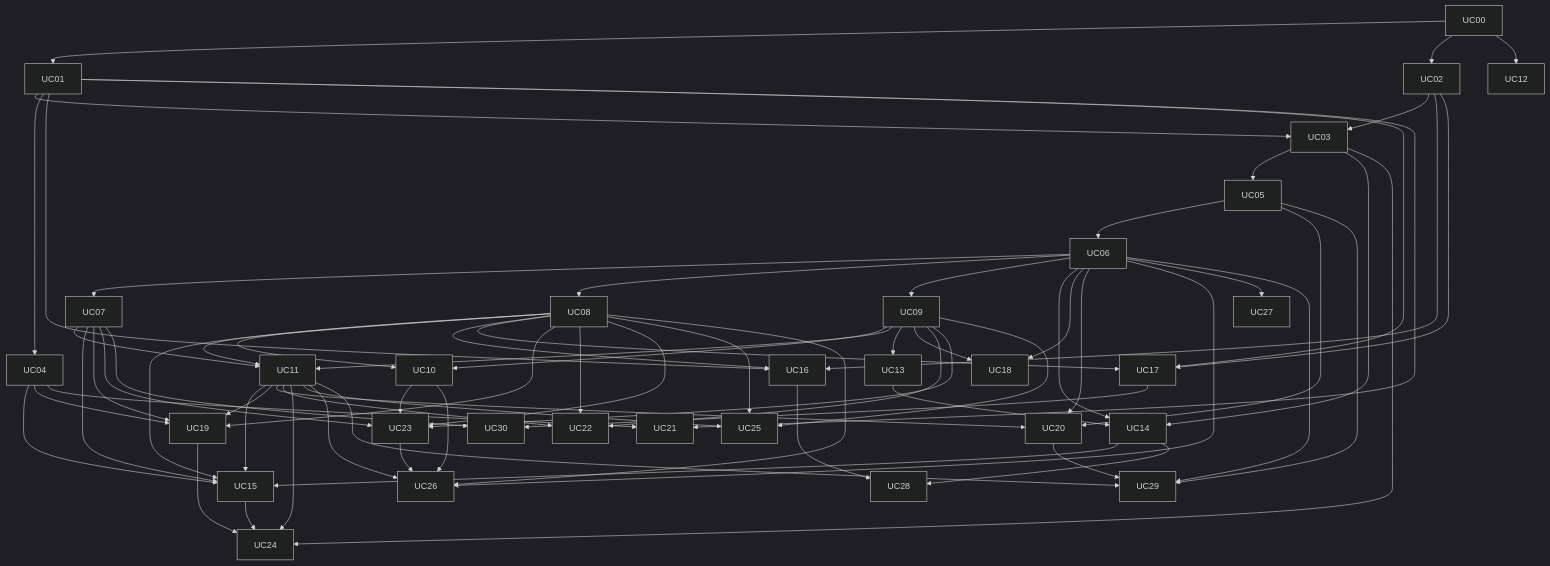
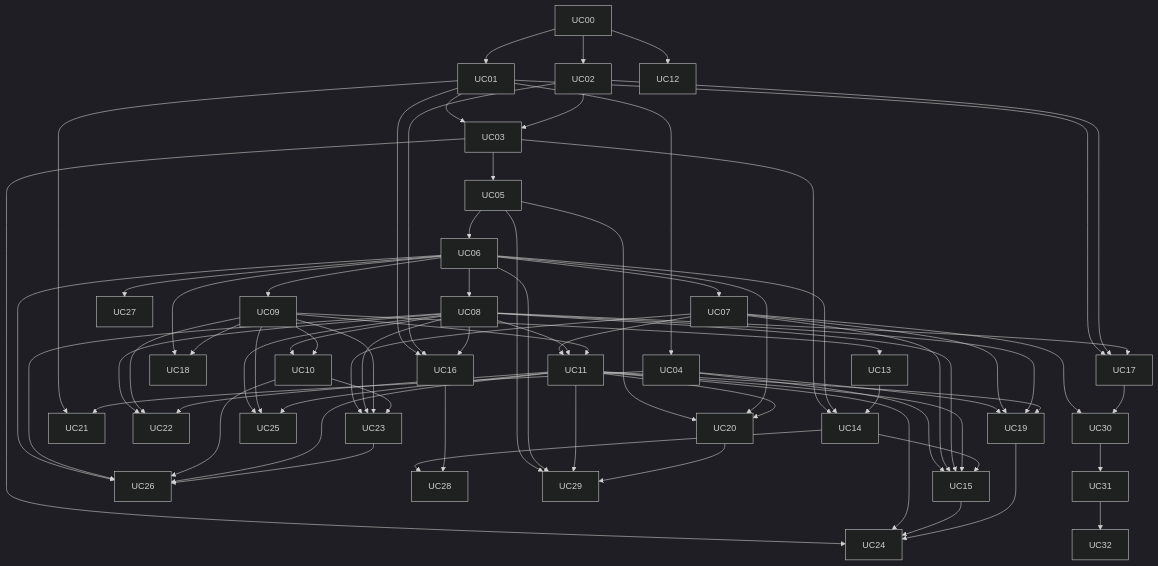
The diagram in docs/usecases/UC-INDEX.md (jsoladur/monthly-expenses), drawn with Mermaid (dark theme) before and after one commit. The commit also changed other lines of this file and 8 other files, not shown here.

````diff
--- a/docs/usecases/UC-INDEX.md
+++ b/docs/usecases/UC-INDEX.md
@@ -58,29 +60,30 @@
 ```mermaid
 flowchart TD
     UC00 --> UC01 --> UC03 --> UC05 --> UC06
     UC00 --> UC02 --> UC03
     UC01 --> UC04
     UC06 --> UC07 & UC08 & UC09
     UC08 & UC09 --> UC10
     UC07 & UC08 & UC09 --> UC11
     UC09 --> UC13
     UC03 & UC06 --> UC14
     UC13 --> UC14
     UC00 --> UC12
     UC04 & UC07 & UC08 & UC11 & UC14 --> UC15
     UC01 & UC02 & UC08 --> UC16
     UC01 & UC02 & UC08 --> UC17
     UC06 & UC09 --> UC18
     UC04 & UC07 & UC08 & UC11 --> UC19
     UC05 & UC06 & UC11 --> UC20
     UC01 & UC04 --> UC21
     UC08 & UC09 & UC11 --> UC22
     UC07 & UC08 & UC09 & UC10 --> UC23
     UC03 & UC11 & UC15 & UC19 --> UC24
     UC08 & UC09 & UC11 --> UC25
     UC06 & UC08 & UC10 & UC11 & UC23 --> UC26
     UC06 --> UC27
     UC14 & UC16 --> UC28
     UC05 & UC06 & UC11 & UC20 --> UC29
     UC07 & UC17 --> UC30
+    UC30 --> UC31 --> UC32
 ```
````
